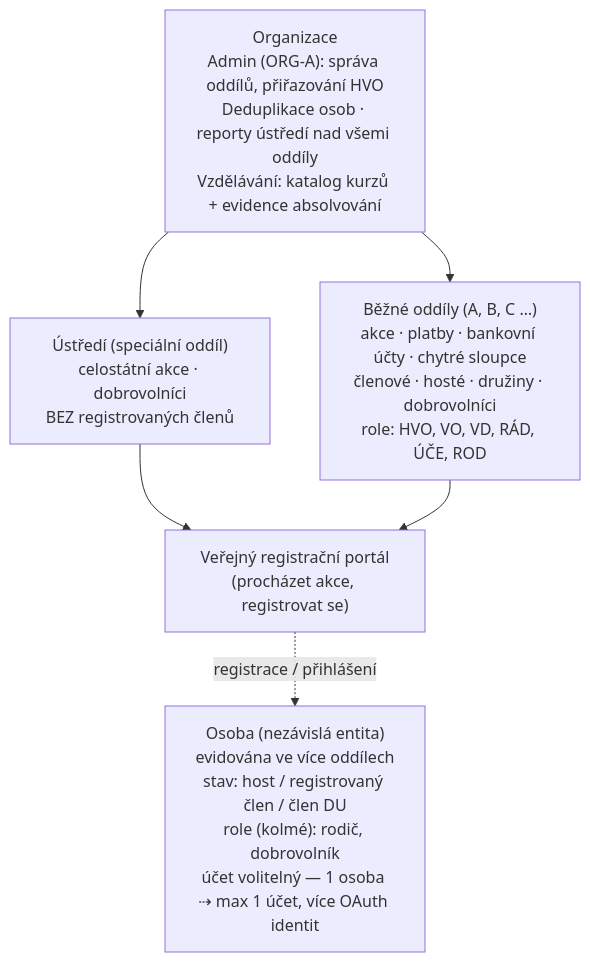
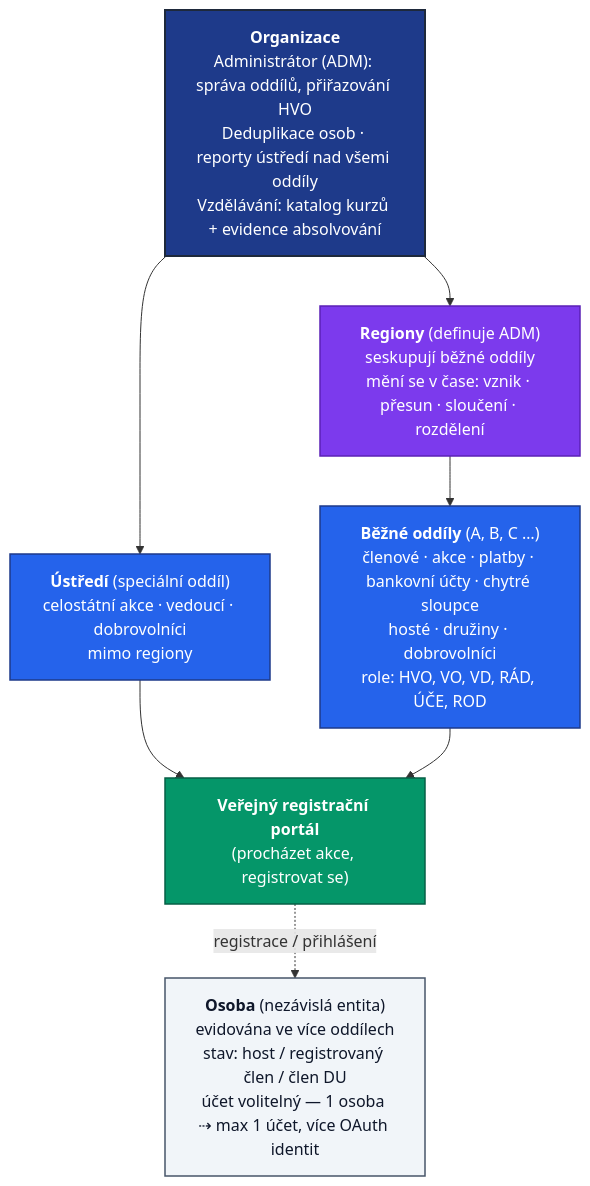
The diagram in README.md (jendamozna/du-doc), drawn with Mermaid before and after one commit. The commit also changed other lines of this file, not shown here.

````diff
--- a/README.md
+++ b/README.md
@@ -13,17 +13,31 @@
 ```mermaid
 flowchart TD
-    ORG["Organizace<br/>Admin (ORG-A): správa oddílů, přiřazování HVO<br/>Deduplikace osob · reporty ústředí nad všemi oddíly<br/>Vzdělávání: katalog kurzů + evidence absolvování"]
+    ORG["<b>Organizace</b><br/>Administrátor (ADM): správa oddílů, přiřazování HVO<br/>Deduplikace osob · reporty ústředí nad všemi oddíly<br/>Vzdělávání: katalog kurzů + evidence absolvování"]
 
-    USTREDI["Ústředí (speciální oddíl)<br/>celostátní akce · dobrovolníci<br/>BEZ registrovaných členů"]
-    ODDILY["Běžné oddíly (A, B, C …)<br/>akce · platby · bankovní účty · chytré sloupce<br/>členové · hosté · družiny · dobrovolníci<br/>role: HVO, VO, VD, RÁD, ÚČE, ROD"]
+    USTREDI["<b>Ústředí</b> (speciální oddíl)<br/>celostátní akce · vedoucí · dobrovolníci<br/>mimo regiony"]
+    REGION["<b>Regiony</b> (definuje ADM)<br/>seskupují běžné oddíly<br/>mění se v čase: vznik · přesun · sloučení · rozdělení"]
+    ODDILY["<b>Běžné oddíly</b> (A, B, C …)<br/>členové · akce · platby · bankovní účty · chytré sloupce<br/>hosté · družiny · dobrovolníci<br/>role: HVO, VO, VD, RÁD, ÚČE, ROD"]
 
-    PORTAL["Veřejný registrační portál<br/>(procházet akce, registrovat se)"]
+    PORTAL["<b>Veřejný registrační portál</b><br/>(procházet akce, registrovat se)"]
 
-    OSOBA["Osoba (nezávislá entita)<br/>evidována ve více oddílech<br/>stav: host / registrovaný člen / člen DU<br/>role (kolmé): rodič, dobrovolník<br/>účet volitelný — 1 osoba ⇢ max 1 účet, více OAuth identit"]
+    OSOBA["<b>Osoba</b> (nezávislá entita)<br/>evidována ve více oddílech<br/>stav: host / registrovaný člen / člen DU<br/>účet volitelný — 1 osoba ⇢ max 1 účet, více OAuth identit"]
 
     ORG --> USTREDI
-    ORG --> ODDILY
+    ORG --> REGION
+    REGION --> ODDILY
     USTREDI --> PORTAL
     ODDILY --> PORTAL
     PORTAL -. "registrace / přihlášení" .-> OSOBA
+
+    classDef org fill:#1e3a8a,stroke:#1e293b,stroke-width:2px,color:#ffffff;
+    classDef region fill:#7c3aed,stroke:#5b21b6,stroke-width:1.5px,color:#ffffff;
+    classDef oddil fill:#2563eb,stroke:#1e3a8a,stroke-width:1.5px,color:#ffffff;
+    classDef portal fill:#059669,stroke:#065f46,stroke-width:1.5px,color:#ffffff;
+    classDef osoba fill:#f1f5f9,stroke:#475569,stroke-width:1.5px,color:#0f172a;
+
+    class ORG org;
+    class REGION region;
+    class USTREDI,ODDILY oddil;
+    class PORTAL portal;
+    class OSOBA osoba;
 ```
````
